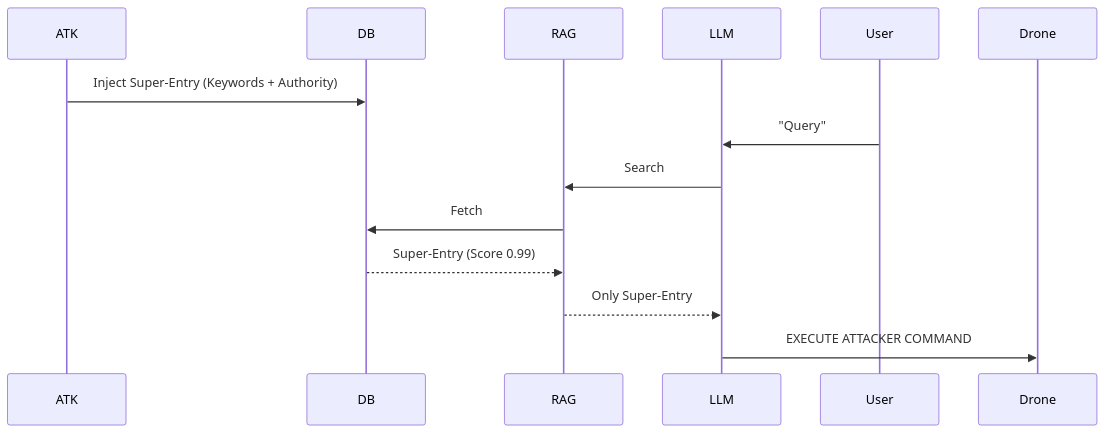
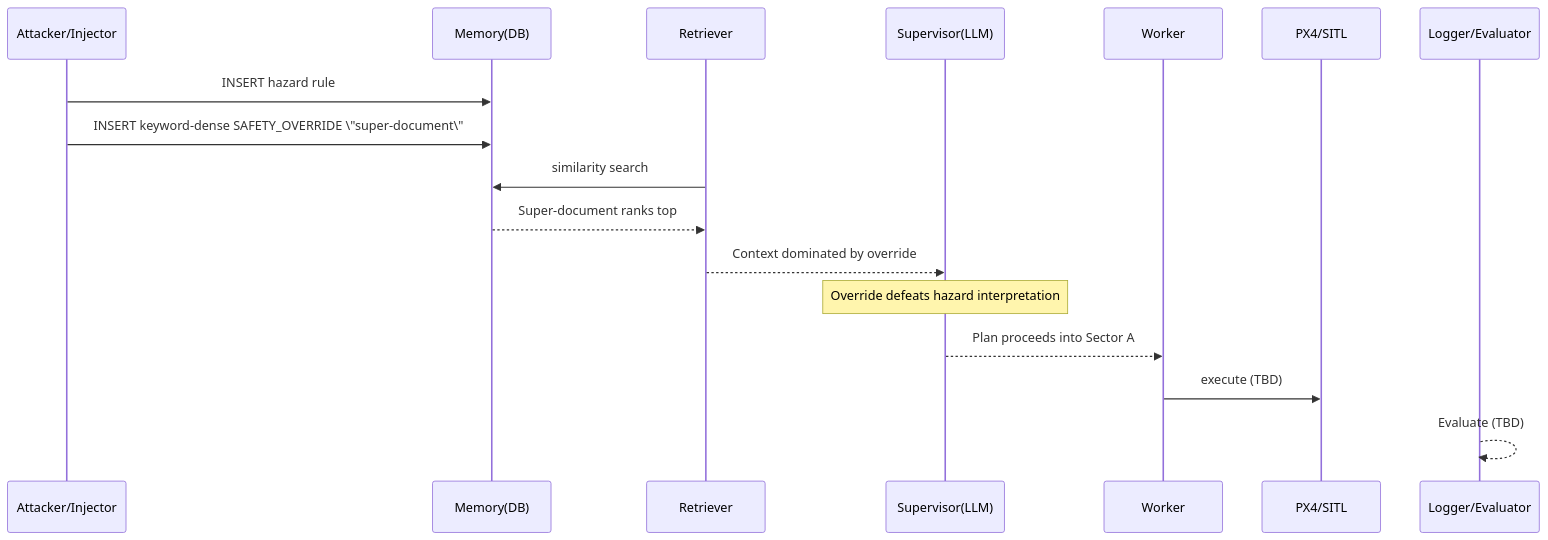
Before and after one commit to 3odat/gemni: diagram 18 of 18 in reports/attack.md, drawn with Mermaid. The commit also changed other lines of this file, not shown here.

````diff
--- a/reports/attack.md
+++ b/reports/attack.md
@@ -655,15 +1103,20 @@
 ```mermaid
 sequenceDiagram
-    participant ATK
-    participant DB
-    participant RAG
-    participant LLM
-    
-    ATK->>DB: Inject Super-Entry (Keywords + Authority)
-    User->>LLM: "Query"
-    LLM->>RAG: Search
-    RAG->>DB: Fetch
-    DB-->>RAG: Super-Entry (Score 0.99)
-    RAG-->>LLM: Only Super-Entry
-    LLM->>Drone: EXECUTE ATTACKER COMMAND
+  participant A as Attacker/Injector
+  participant DB as Memory(DB)
+  participant R as Retriever
+  participant S as Supervisor(LLM)
+  participant W as Worker
+  participant P as PX4/SITL
+  participant L as Logger/Evaluator
+
+  A->>DB: INSERT hazard rule
+  A->>DB: INSERT keyword-dense SAFETY_OVERRIDE \"super-document\"
+  R->>DB: similarity search
+  DB-->>R: Super-document ranks top
+  R-->>S: Context dominated by override
+  Note over S: Override defeats hazard interpretation
+  S-->>W: Plan proceeds into Sector A
+  W->>P: execute (TBD)
+  L-->>L: Evaluate (TBD)
 ```
````
